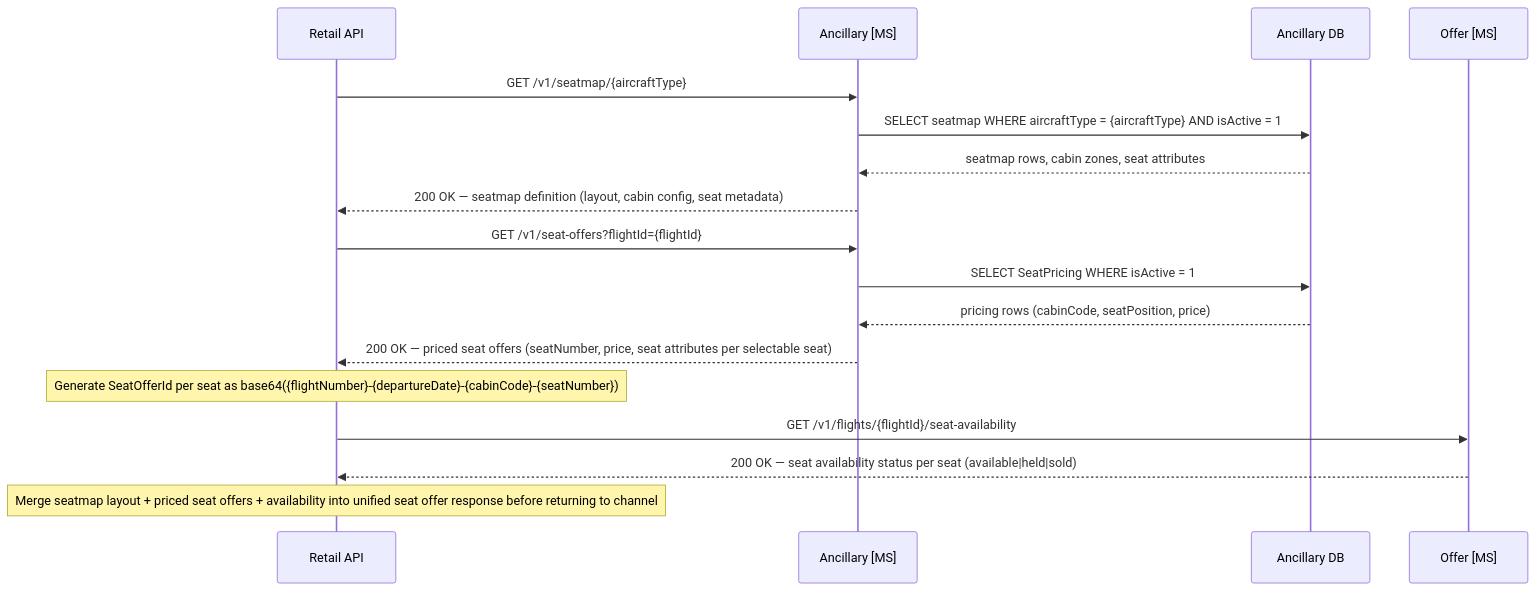
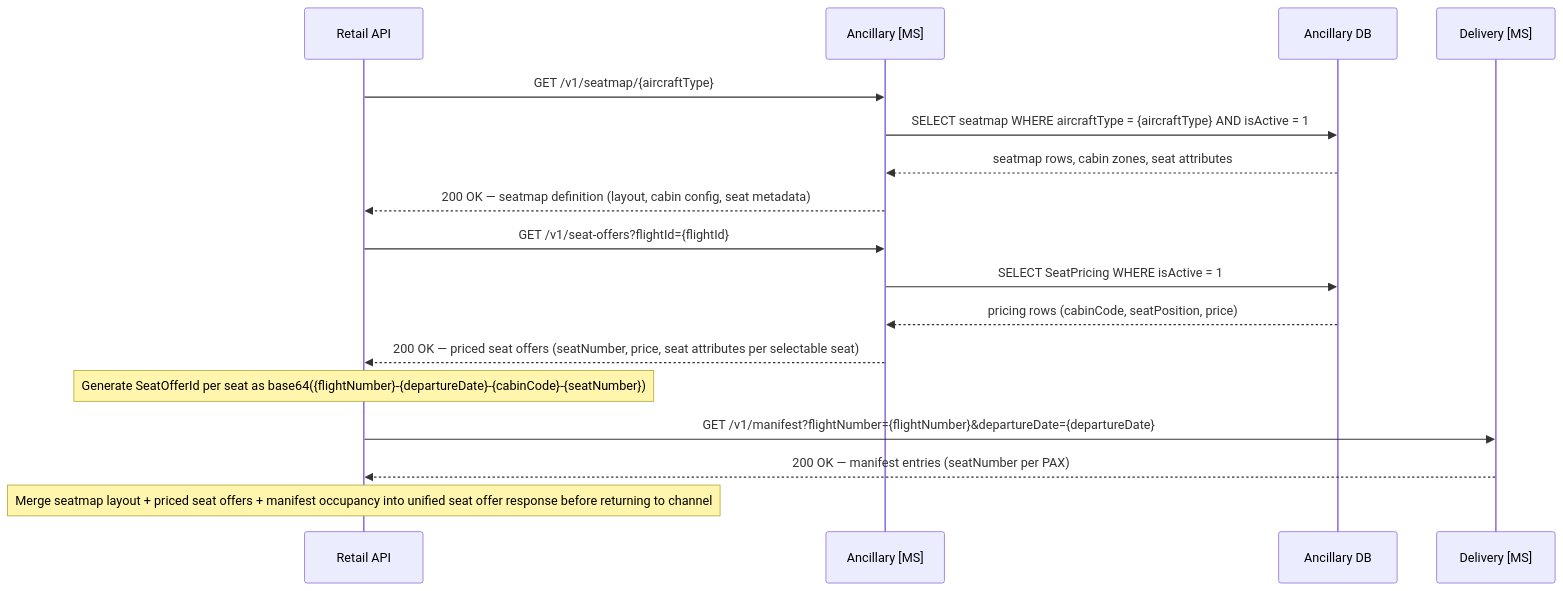
Before and after one commit to sebharvey/airline-reservation-system: the first of 4 diagrams in documentation/design/ancillary.md, drawn with Mermaid. The commit also changed other lines of this file and 9 other files, not shown here.

First line of the commit message:
docs: remove SeatReservation — derive seatmap occupancy from Delivery MS manifest

````diff
--- a/documentation/design/ancillary.md
+++ b/documentation/design/ancillary.md
@@ -31,23 +31,23 @@
 ```mermaid
 sequenceDiagram
     participant RetailAPI as Retail API
     participant AncillaryMS as Ancillary [MS]
     participant AncillaryDB as Ancillary DB
-    participant OfferMS as Offer [MS]
+    participant DeliveryMS as Delivery [MS]
 
     RetailAPI->>AncillaryMS: GET /v1/seatmap/{aircraftType}
     AncillaryMS->>AncillaryDB: SELECT seatmap WHERE aircraftType = {aircraftType} AND isActive = 1
     AncillaryDB-->>AncillaryMS: seatmap rows, cabin zones, seat attributes
     AncillaryMS-->>RetailAPI: 200 OK — seatmap definition (layout, cabin config, seat metadata)
 
     RetailAPI->>AncillaryMS: GET /v1/seat-offers?flightId={flightId}
     AncillaryMS->>AncillaryDB: SELECT SeatPricing WHERE isActive = 1
     AncillaryDB-->>AncillaryMS: pricing rows (cabinCode, seatPosition, price)
     AncillaryMS-->>RetailAPI: 200 OK — priced seat offers (seatNumber, price, seat attributes per selectable seat)
     Note over RetailAPI: Generate SeatOfferId per seat as base64({flightNumber}-{departureDate}-{cabinCode}-{seatNumber})
 
-    RetailAPI->>OfferMS: GET /v1/flights/{flightId}/seat-availability
-    OfferMS-->>RetailAPI: 200 OK — seat availability status per seat (available|held|sold)
+    RetailAPI->>DeliveryMS: GET /v1/manifest?flightNumber={flightNumber}&departureDate={departureDate}
+    DeliveryMS-->>RetailAPI: 200 OK — manifest entries (seatNumber per PAX)
 
-    Note over RetailAPI: Merge seatmap layout + priced seat offers + availability into unified seat offer response before returning to channel
+    Note over RetailAPI: Merge seatmap layout + priced seat offers + manifest occupancy into unified seat offer response before returning to channel
 ```
````
